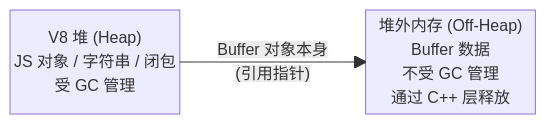
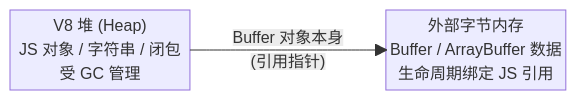
Before and after one commit to AmbitionC/front-end-journey-resource: the first of 2 diagrams in knowledge/backend/nodejs/node-buffer.md, drawn with Mermaid. The commit also changed other lines of this file and 90 other files, not shown here.

````diff
--- a/knowledge/backend/nodejs/node-buffer.md
+++ b/knowledge/backend/nodejs/node-buffer.md
@@ -18,9 +16,9 @@
 ```mermaid
 block-beta
     columns 3
     V8Heap["V8 堆 (Heap)\nJS 对象 / 字符串 / 闭包\n受 GC 管理"]:1
     space:1
-    BufferMem["堆外内存 (Off-Heap)\nBuffer 数据\n不受 GC 管理\n通过 C++ 层释放"]:1
+    BufferMem["外部字节内存\nBuffer / ArrayBuffer 数据\n生命周期绑定 JS 引用"]:1
 
     V8Heap-- "Buffer 对象本身\n(引用指针)" -->BufferMem
 ```
````
